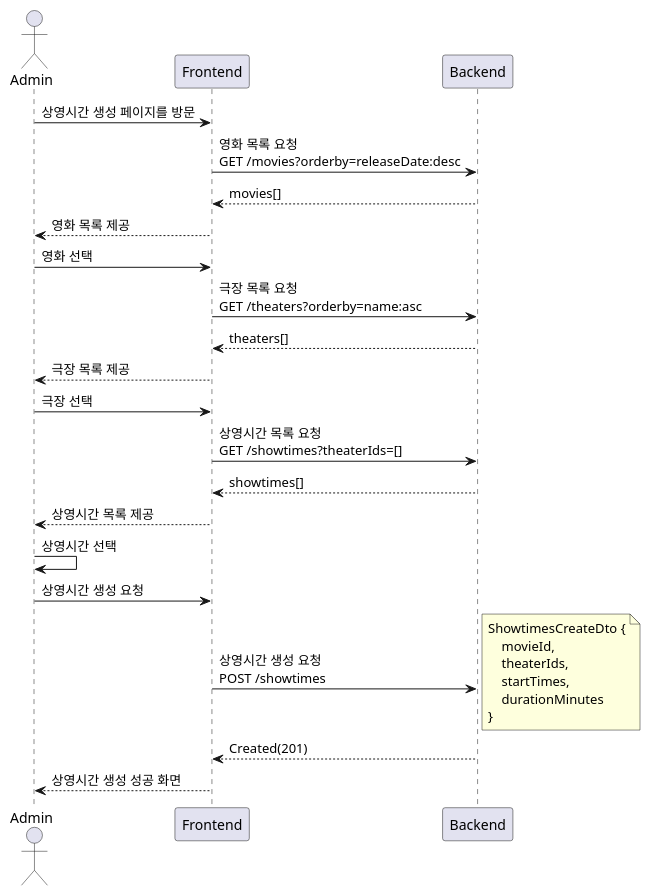
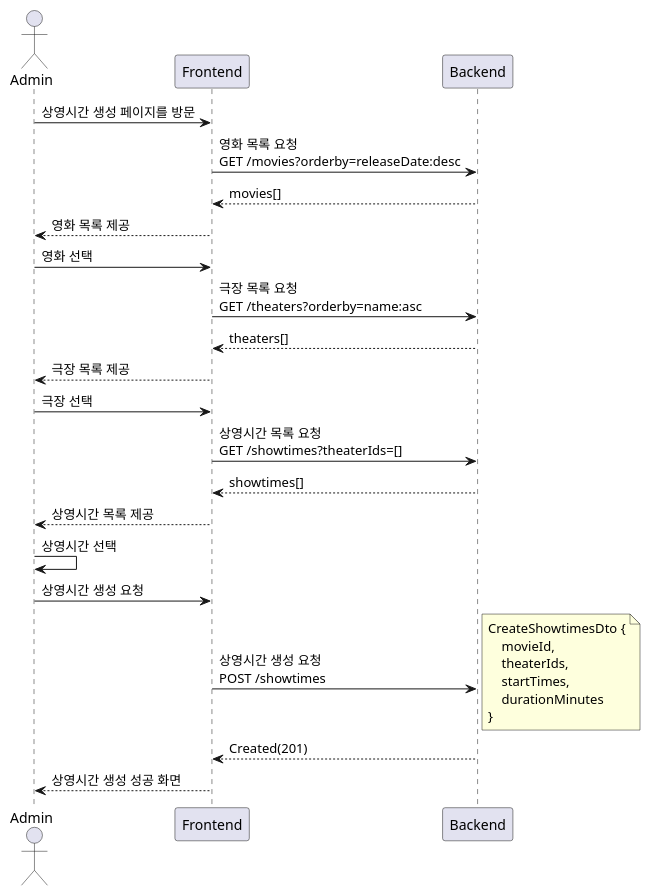
One commit to mannercode/mannercode.github.io changed the sixth of 14 diagrams in _posts/2025-05-01-backend-design-2.md. Above: the diagram before and after it, drawn with PlantUML. The commit also changed other lines of this file and 45 other files, not shown here.

Commit message:
Remove outdated UML diagrams and related SVG files for showtime creation process

```diff
--- a/_posts/2025-05-01-backend-design-2.md
+++ b/_posts/2025-05-01-backend-design-2.md
@@ -241,35 +241,35 @@
 {% plantuml %}
 @startuml
 actor Admin
 
 Admin -> Frontend: 상영시간 생성 페이지를 방문
     Frontend -> Backend:영화 목록 요청\nGET /movies?orderby=releaseDate:desc
     Frontend <-- Backend: movies[]
 Admin <-- Frontend: 영화 목록 제공
 
 Admin -> Frontend: 영화 선택
     Frontend -> Backend:극장 목록 요청\nGET /theaters?orderby=name:asc
     Frontend <-- Backend: theaters[]
 Admin <-- Frontend: 극장 목록 제공
 
 Admin -> Frontend: 극장 선택
     Frontend -> Backend: 상영시간 목록 요청\nGET /showtimes?theaterIds=[]
     Frontend <-- Backend: showtimes[]
 Admin <-- Frontend: 상영시간 목록 제공
 
 Admin -> Admin: 상영시간 선택
 
 Admin -> Frontend: 상영시간 생성 요청
     Frontend -> Backend: 상영시간 생성 요청\nPOST /showtimes
         note right
-        ShowtimesCreateDto {
+        CreateShowtimesDto {
             movieId,
             theaterIds,
             startTimes,
             durationMinutes
         }
         end note
     Frontend <-- Backend: Created(201)
 Admin <-- Frontend: 상영시간 생성 성공 화면
 @enduml
 {% endplantuml %}
```
